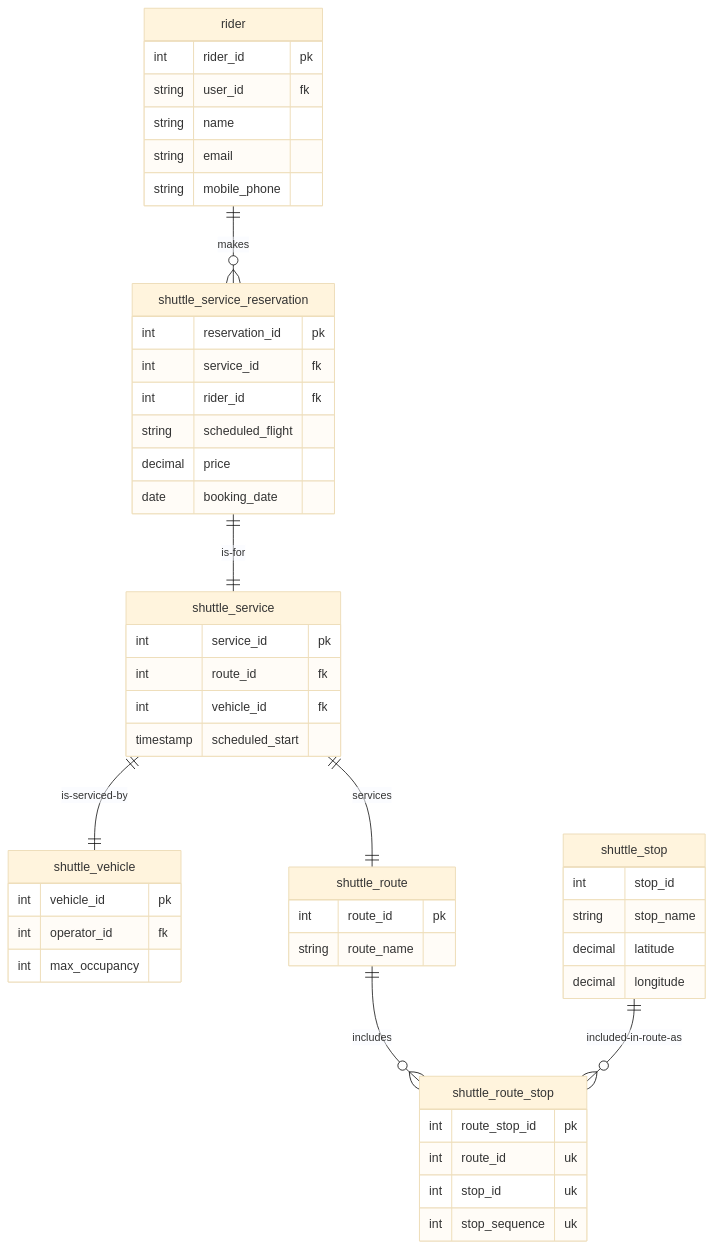
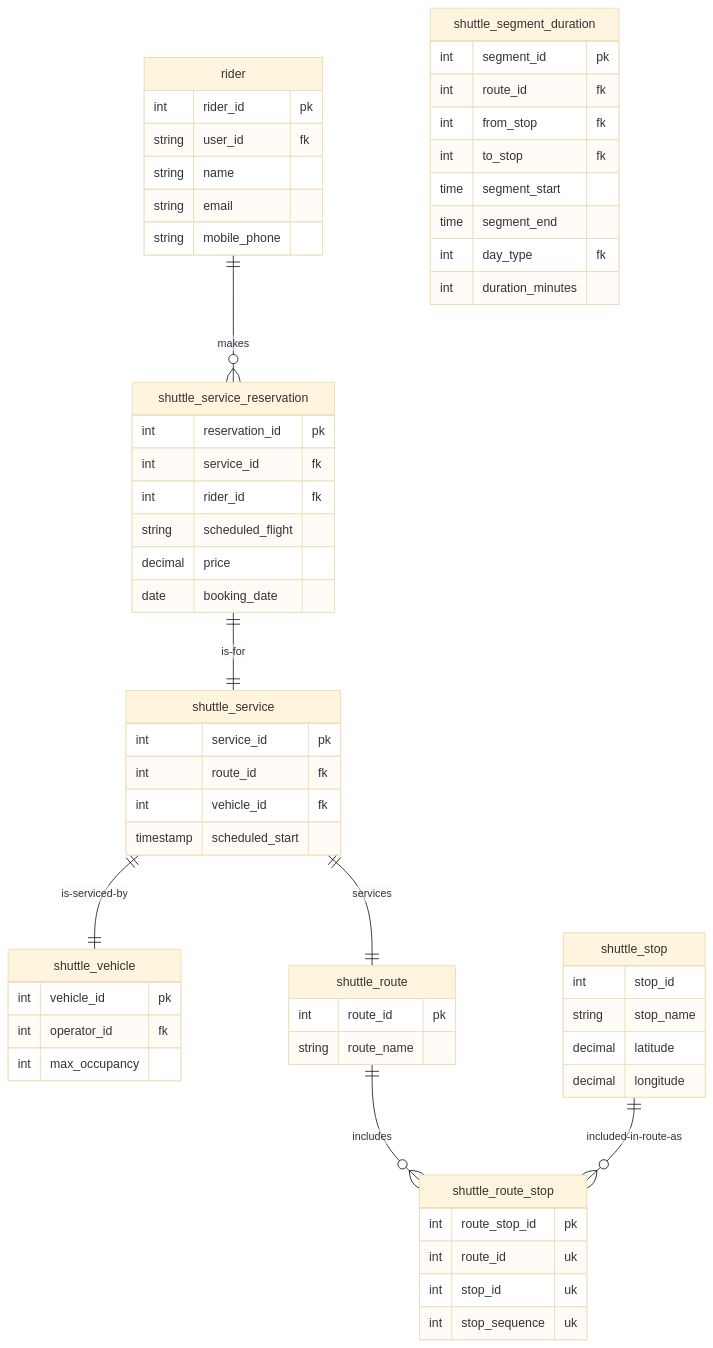
One commit to Snookblast/coding-challenge changed the diagram in README.md. Above: the diagram before and after it, drawn with Mermaid (base theme).

````diff
--- a/README.md
+++ b/README.md
@@ -3,59 +3,70 @@
 ```mermaid
 erDiagram
     rider {
         int rider_id pk
         string user_id fk
         string name
         string email
         string mobile_phone
     }
 
     shuttle_service_reservation {
         int reservation_id pk
         int service_id fk
         int rider_id fk
         string scheduled_flight
         decimal price 
         date booking_date 
     }
 
     shuttle_service {
         int service_id pk
         int route_id fk
         int vehicle_id fk
         timestamp  scheduled_start
     }
 
     shuttle_vehicle {
       int vehicle_id pk
       int operator_id fk
       int max_occupancy
     }
 
     shuttle_route {
         int route_id pk
         string route_name 
     }
 
     shuttle_stop {
         int stop_id
         string stop_name
         decimal latitude
         decimal longitude
     }
     
     shuttle_route_stop {
         int route_stop_id pk
         int route_id uk
         int stop_id uk
         int stop_sequence uk
     }
 
+    shuttle_segment_duration {
+        int segment_id pk
+        int route_id fk
+        int from_stop fk
+        int to_stop fk
+        time segment_start
+        time segment_end
+        int day_type fk
+        int duration_minutes
+    }
+
     rider ||--o{ shuttle_service_reservation : makes
     shuttle_service_reservation ||--|| shuttle_service : is-for
     shuttle_service ||--|| shuttle_route : services
     shuttle_service ||--|| shuttle_vehicle : is-serviced-by
     shuttle_route ||--o{ shuttle_route_stop : includes
     shuttle_stop ||--o{ shuttle_route_stop : included-in-route-as
 
 ```
````
